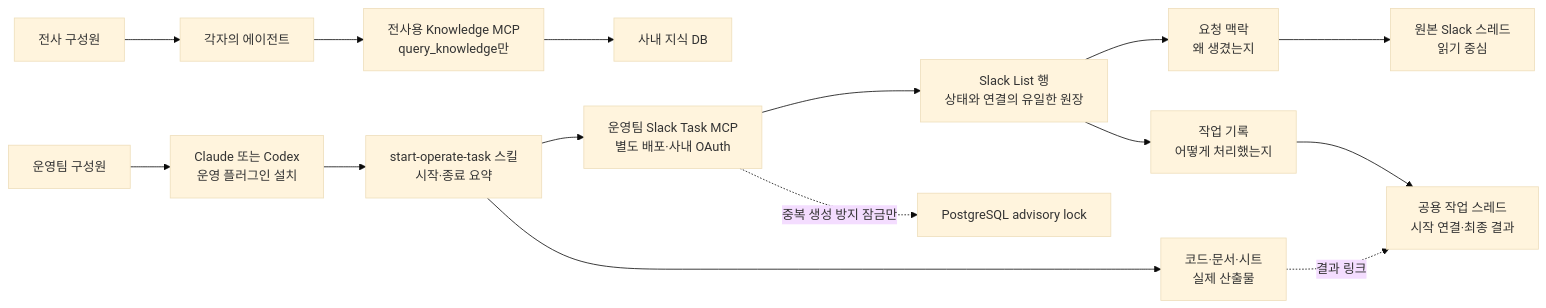
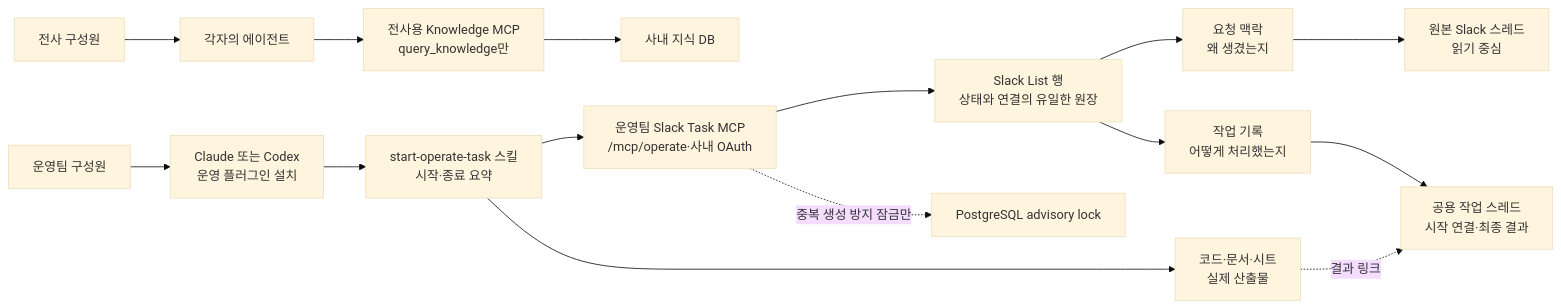
Before and after one commit to team-monolith-product/tmn-internal-plugins: the first of 2 diagrams in docs/slack-list-task-thread-design.md, drawn with Mermaid (base theme). The commit also changed other lines of this file and 1 other file, not shown here.

Commit message:
docs: describe unified MCP deployment

````diff
--- a/docs/slack-list-task-thread-design.md
+++ b/docs/slack-list-task-thread-design.md
@@ -33,18 +33,18 @@
 ```mermaid
 flowchart LR
     E["전사 구성원"] --> EA["각자의 에이전트"]
     EA --> KM["전사용 Knowledge MCP<br/>query_knowledge만"]
     KM --> KD["사내 지식 DB"]
 
     U["운영팀 구성원"] --> A["Claude 또는 Codex<br/>운영 플러그인 설치"]
     A --> S["start-operate-task 스킬<br/>시작·종료 요약"]
-    S --> M["운영팀 Slack Task MCP<br/>별도 배포·사내 OAuth"]
+    S --> M["운영팀 Slack Task MCP<br/>/mcp/operate·사내 OAuth"]
     M --> L["Slack List 행<br/>상태와 연결의 유일한 원장"]
     L --> C["요청 맥락<br/>왜 생겼는지"]
     L --> W["작업 기록<br/>어떻게 처리했는지"]
     C --> CT["원본 Slack 스레드<br/>읽기 중심"]
     W --> WT["공용 작업 스레드<br/>시작 연결·최종 결과"]
     S --> O["코드·문서·시트<br/>실제 산출물"]
     O -. "결과 링크" .-> WT
     M -. "중복 생성 방지 잠금만" .-> DB["PostgreSQL advisory lock"]
 ```
````
